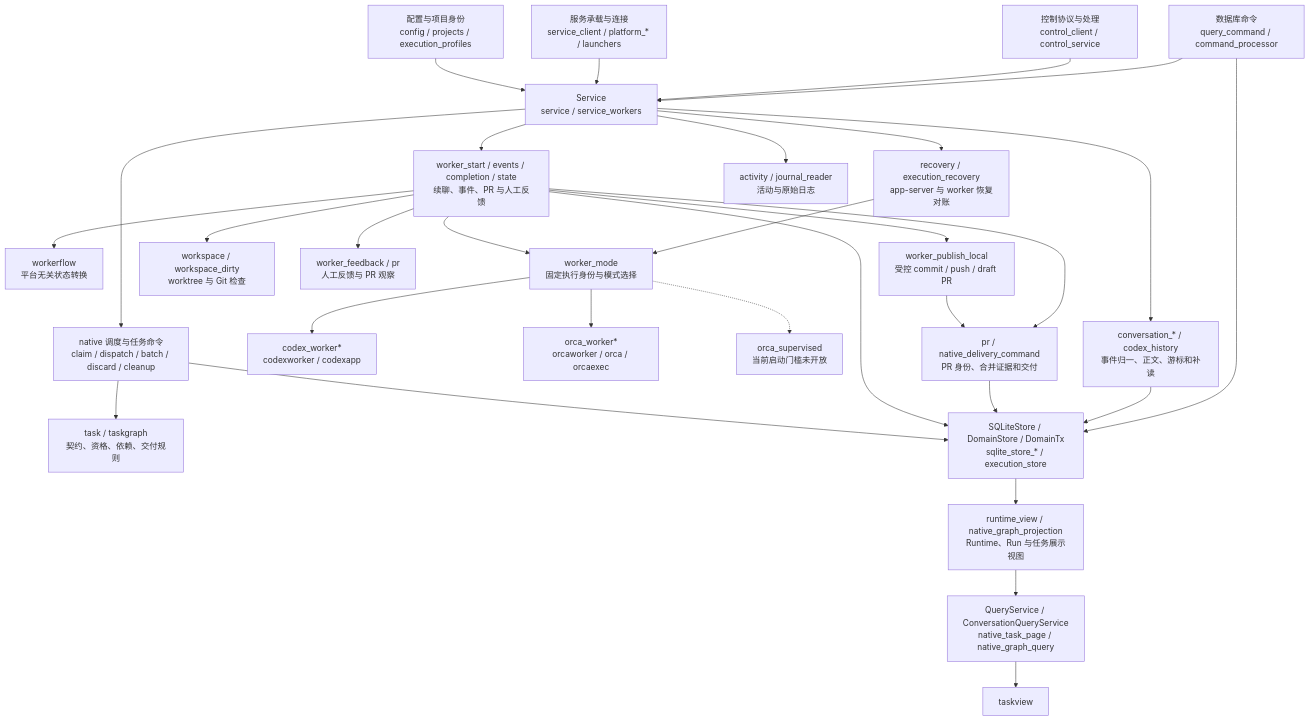
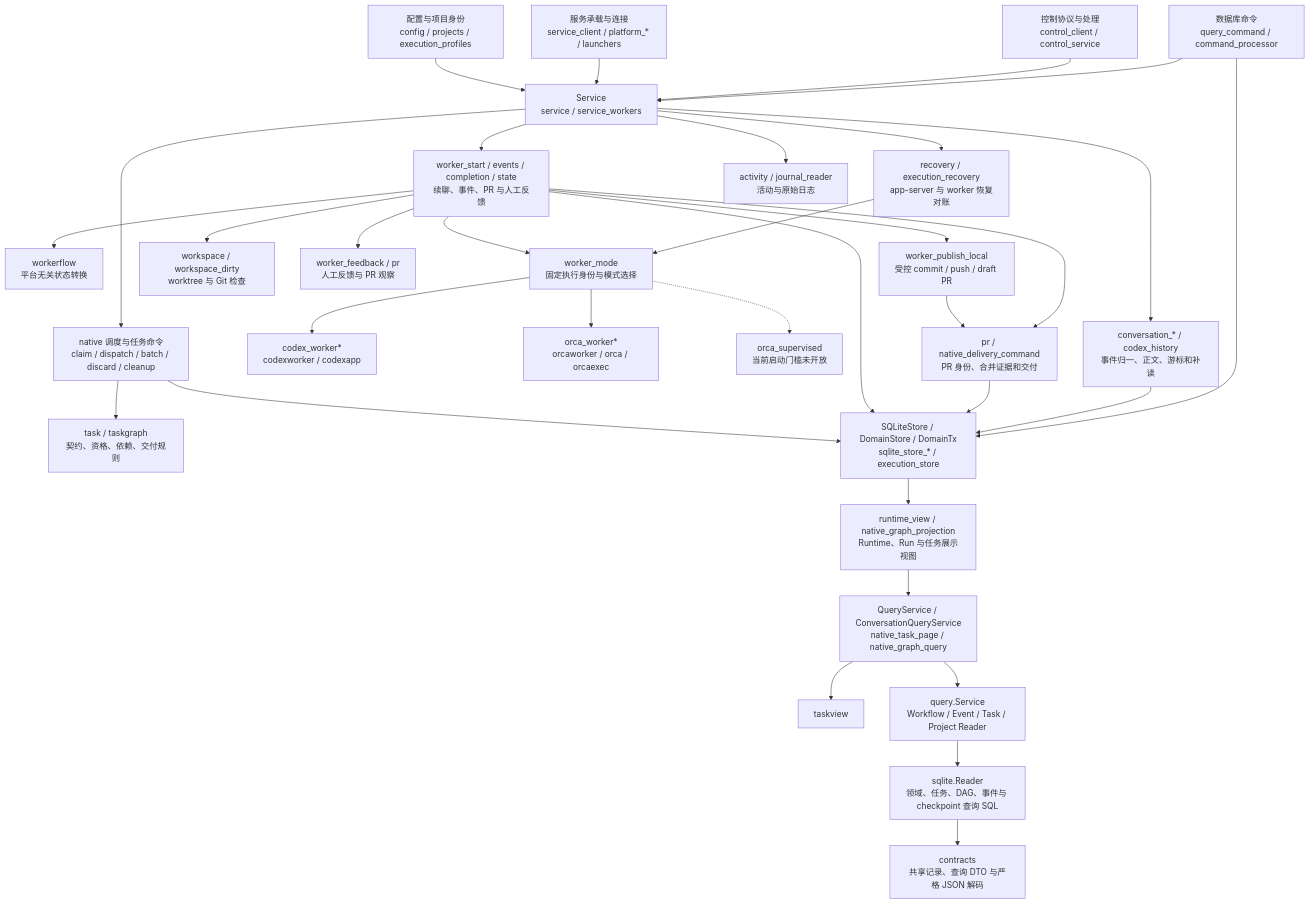
Before and after one commit to erranliu/SteerLine: the third of 7 diagrams in docs/architecture/current-code-architecture.md, drawn with Mermaid. The commit also changed other lines of this file and 61 other files, not shown here.

Commit message:
refactor: separate query contracts and SQLite read adapters

````diff
--- a/docs/architecture/current-code-architecture.md
+++ b/docs/architecture/current-code-architecture.md
@@ -115,32 +130,35 @@
 ```mermaid
 flowchart TB
     Config["配置与项目身份<br/>config / projects / execution_profiles"] --> Service["Service<br/>service / service_workers"]
     Lifecycle["服务承载与连接<br/>service_client / platform_* / launchers"] --> Service
     Control["控制协议与处理<br/>control_client / control_service"] --> Service
     Commands["数据库命令<br/>query_command / command_processor"] --> Service
     Service --> Native["native 调度与任务命令<br/>claim / dispatch / batch / discard / cleanup"]
     Native --> Rules["task / taskgraph<br/>契约、资格、依赖、交付规则"]
     Service --> Flow["worker_start / events / completion / state<br/>续聊、事件、PR 与人工反馈"]
     Flow --> FlowRules["workerflow<br/>平台无关状态转换"]
     Flow --> Binding["worker_mode<br/>固定执行身份与模式选择"]
     Binding --> Local["codex_worker*<br/>codexworker / codexapp"]
     Binding --> Orca["orca_worker*<br/>orcaworker / orca / orcaexec"]
     Binding -.-> Supervised["orca_supervised<br/>当前启动门槛未开放"]
     Flow --> Workspace["workspace / workspace_dirty<br/>worktree 与 Git 检查"]
     Flow --> Feedback["worker_feedback / pr<br/>人工反馈与 PR 观察"]
     Flow --> Publish["worker_publish_local<br/>受控 commit / push / draft PR"]
     Publish --> PR["pr / native_delivery_command<br/>PR 身份、合并证据和交付"]
     Flow --> PR
     Service --> Recovery["recovery / execution_recovery<br/>app-server 与 worker 恢复对账"]
     Recovery --> Binding
     Service --> Conversation["conversation_* / codex_history<br/>事件归一、正文、游标和补读"]
     Service --> Activity["activity / journal_reader<br/>活动与原始日志"]
     Native --> Store["SQLiteStore / DomainStore / DomainTx<br/>sqlite_store_* / execution_store"]
     Flow --> Store
     PR --> Store
     Conversation --> Store
     Commands --> Store
     Store --> Projection["runtime_view / native_graph_projection<br/>Runtime、Run 与任务展示视图"]
     Projection --> Query["QueryService / ConversationQueryService<br/>native_task_page / native_graph_query"]
     Query --> ViewRules["taskview"]
+    Query --> ReadPorts["query.Service<br/>Workflow / Event / Task / Project Reader"]
+    ReadPorts --> ReadSQL["sqlite.Reader<br/>领域、任务、DAG、事件与 checkpoint 查询 SQL"]
+    ReadSQL --> Models["contracts<br/>共享记录、查询 DTO 与严格 JSON 解码"]
 ```
````
